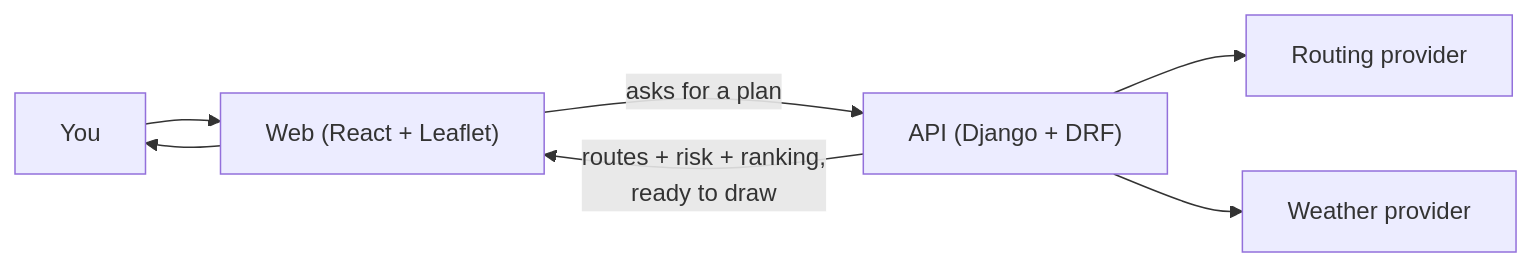
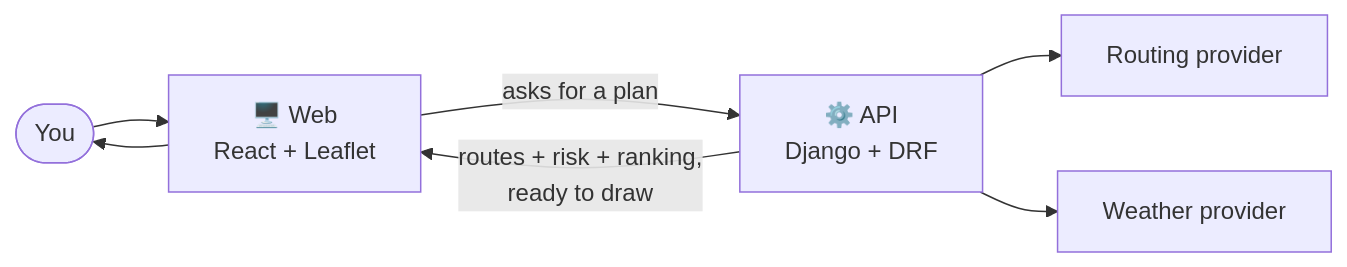
Before and after one commit to Maham-Anwaar/truck-routing: the first of 5 diagrams in docs/WALKTHROUGH.md, drawn with Mermaid. The commit also changed other lines of this file, not shown here.

````diff
--- a/docs/WALKTHROUGH.md
+++ b/docs/WALKTHROUGH.md
@@ -26,9 +48,9 @@
 ```mermaid
 flowchart LR
-    U[You] --> W["Web (React + Leaflet)"]
-    W -->|"asks for a plan"| A["API (Django + DRF)"]
+    U([You]) --> W["🖥️ Web<br/>React + Leaflet"]
+    W -->|"asks for a plan"| A["⚙️ API<br/>Django + DRF"]
     A --> R[Routing provider]
     A --> WX[Weather provider]
     A -->|"routes + risk + ranking,<br/>ready to draw"| W
     W --> U
 ```
````
